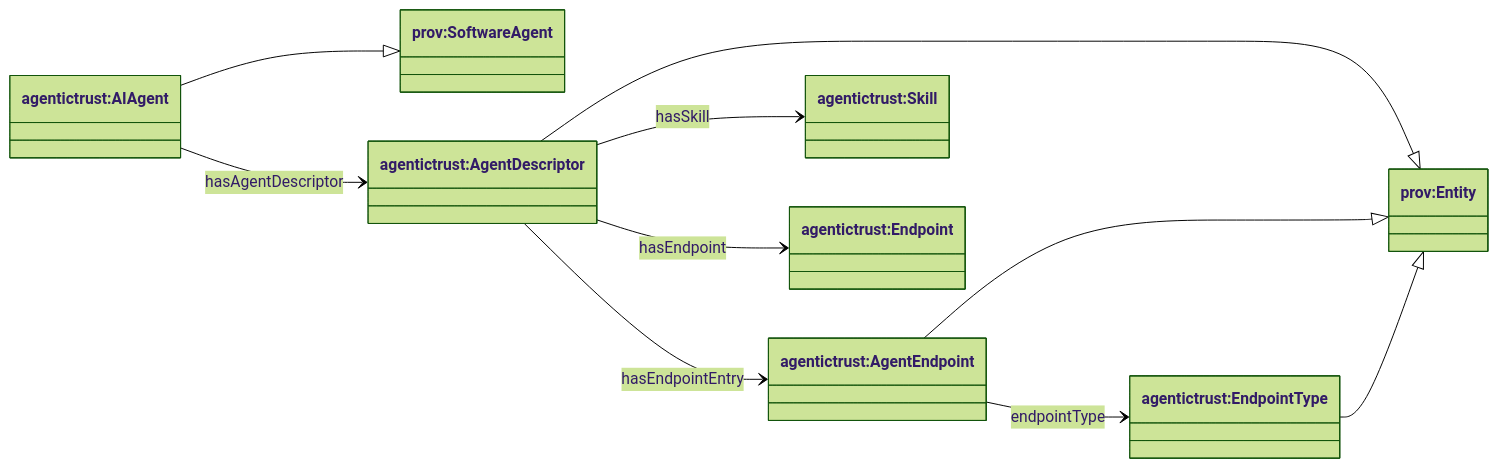
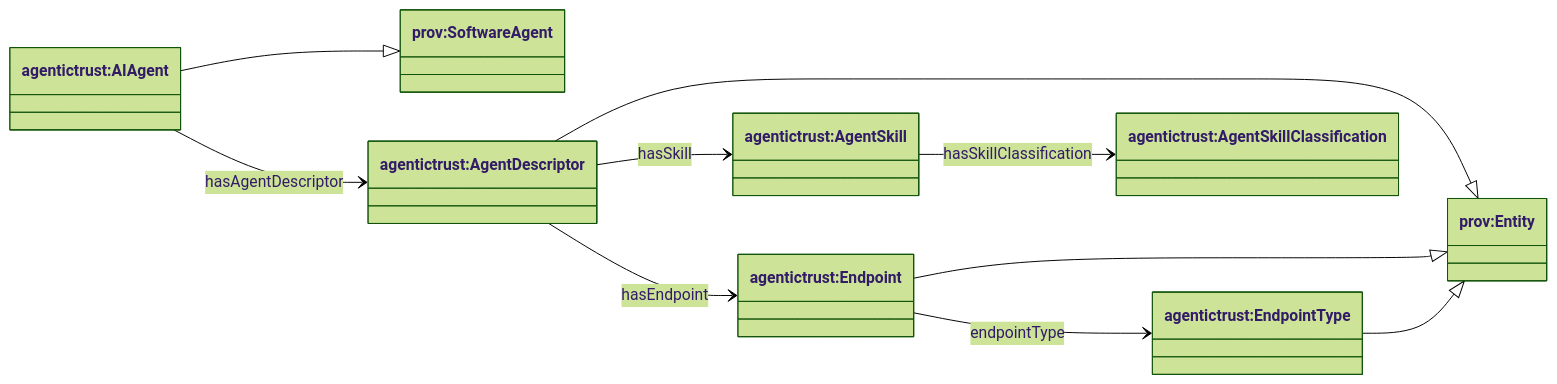
The second of 2 diagrams in docs/ontology/agentictrust-overview.md (Agentic-Trust-Layer/agent-explorer), drawn with Mermaid (forest theme) before and after one commit. The commit also changed 27 other files, not shown here.

````diff
--- a/docs/ontology/agentictrust-overview.md
+++ b/docs/ontology/agentictrust-overview.md
@@ -84,25 +84,25 @@
 ```mermaid
 classDiagram
 direction LR
 
 class provSoftwareAgent["prov:SoftwareAgent"]
 class provEntity["prov:Entity"]
 
 class AIAgent["agentictrust:AIAgent"]
 class AgentDescriptor["agentictrust:AgentDescriptor"]
-class AgentEndpoint["agentictrust:AgentEndpoint"]
 class EndpointType["agentictrust:EndpointType"]
+class Endpoint["agentictrust:Endpoint"]
+class AgentSkill["agentictrust:AgentSkill"]
+class AgentSkillClassification["agentictrust:AgentSkillClassification"]
 
 AIAgent --|> provSoftwareAgent
 AgentDescriptor --|> provEntity
-AgentEndpoint --|> provEntity
+Endpoint --|> provEntity
 EndpointType --|> provEntity
 
 AIAgent --> AgentDescriptor : hasAgentDescriptor
-AgentDescriptor --> AgentEndpoint : hasEndpointEntry
-AgentEndpoint --> EndpointType : endpointType
-AgentDescriptor --> Skill : hasSkill
 AgentDescriptor --> Endpoint : hasEndpoint
-class Skill["agentictrust:Skill"]
-class Endpoint["agentictrust:Endpoint"]
+Endpoint --> EndpointType : endpointType
+AgentDescriptor --> AgentSkill : hasSkill
+AgentSkill --> AgentSkillClassification : hasSkillClassification
 ```
````
